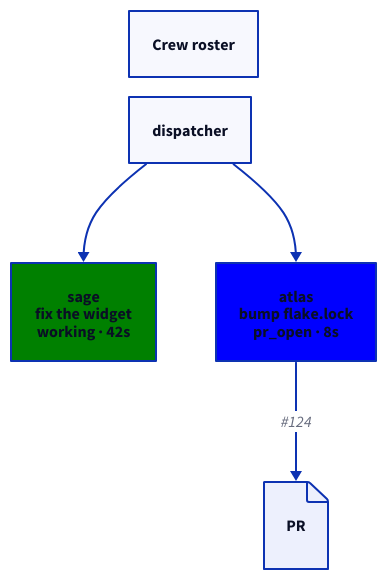
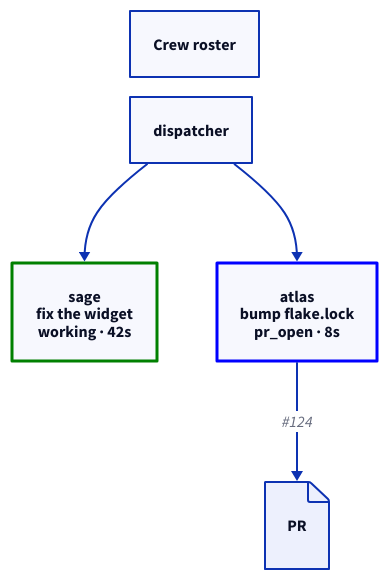
Before and after one commit to noamsto/nix-config: the diagram in home/ai/claude-code/DISPATCHER_PROTOCOL.md, drawn with D2. The commit also changed other lines of this file, not shown here.

````diff
--- a/home/ai/claude-code/DISPATCHER_PROTOCOL.md
+++ b/home/ai/claude-code/DISPATCHER_PROTOCOL.md
@@ -137,10 +141,10 @@
 ```d2
 title: "Crew roster" {near: top-center}
 dispatcher: "dispatcher" {style.bold: true}
-sage: "sage\nfix the widget\nworking · 42s" {style.fill: green}
-atlas: "atlas\nbump flake.lock\npr_open · 8s" {style.fill: blue}
+sage: "sage\nfix the widget\nworking · 42s" {style: {stroke: green; stroke-width: 3}}
+atlas: "atlas\nbump flake.lock\npr_open · 8s" {style: {stroke: blue; stroke-width: 3}}
 pr: "PR" {shape: page}
 dispatcher -> sage
 dispatcher -> atlas
 atlas -> pr: "#124"
 ```
````
